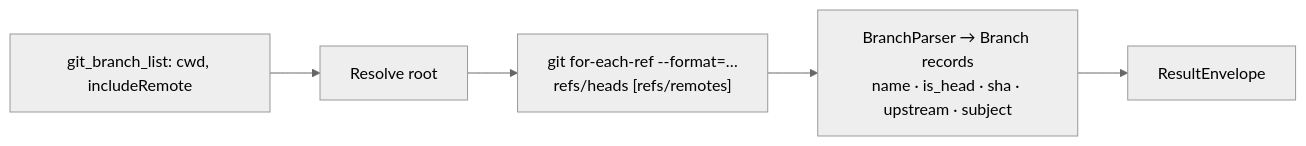
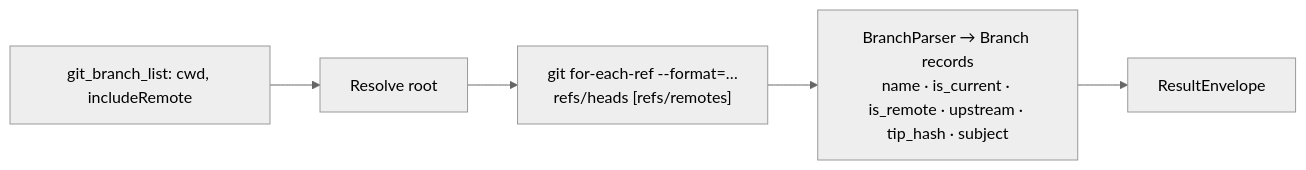
The ninth of 13 diagrams in src/RaccoonNinja.McpToolset.Server.GitOps/README.md (brenordv/mcp-toolset), drawn with Mermaid (neutral theme) before and after one commit. The commit also changed other lines of this file and 20 other files, not shown here.

````diff
--- a/src/RaccoonNinja.McpToolset.Server.GitOps/README.md
+++ b/src/RaccoonNinja.McpToolset.Server.GitOps/README.md
@@ -267,7 +267,7 @@
 ```mermaid
 flowchart LR
     A[git_branch_list: cwd, includeRemote] --> B[Resolve root]
     B --> C["git for-each-ref --format=…<br/>refs/heads [refs/remotes]"]
-    C --> D[BranchParser → Branch records<br/>name · is_head · sha · upstream · subject]
+    C --> D[BranchParser → Branch records<br/>name · is_current · is_remote · upstream · tip_hash · subject]
     D --> E[ResultEnvelope]
 ```
````
